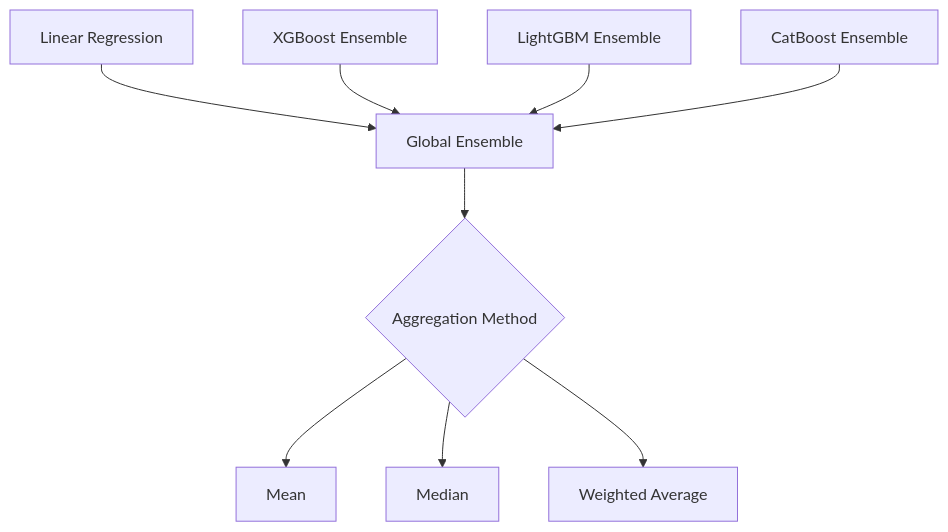
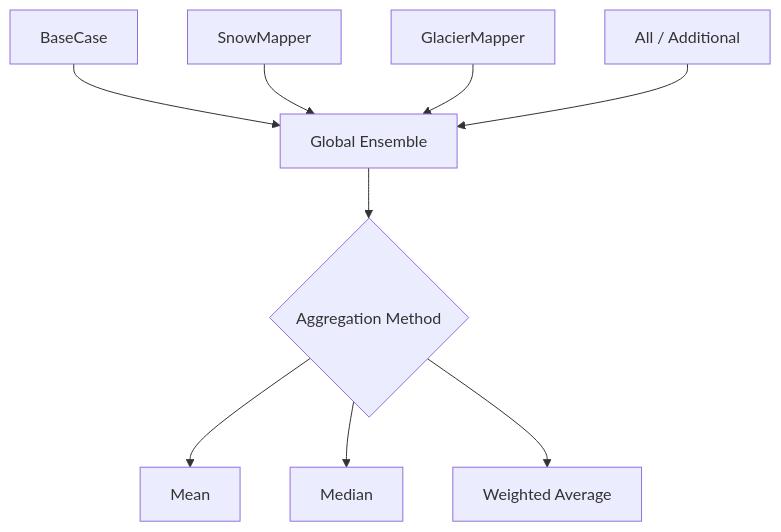
One commit to hydrosolutions/long-term-forecasting changed the fourth of 8 diagrams in docs/model_description.md. Above: the diagram before and after it, drawn with Mermaid. The commit also changed other lines of this file, not shown here.

````diff
--- a/docs/model_description.md
+++ b/docs/model_description.md
@@ -180,12 +180,12 @@
 ```mermaid
 graph TD
-    A[Linear Regression] --> E[Global Ensemble]
-    B[XGBoost Ensemble] --> E
-    C[LightGBM Ensemble] --> E
-    D[CatBoost Ensemble] --> E
+    A[BaseCase] --> E[Global Ensemble]
+    B[SnowMapper] --> E
+    C[GlacierMapper] --> E
+    D[All / Additional] --> E
     
     E --> F{Aggregation Method}
     F --> G[Mean]
     F --> H[Median]
     F --> I[Weighted Average]
 ```
````
